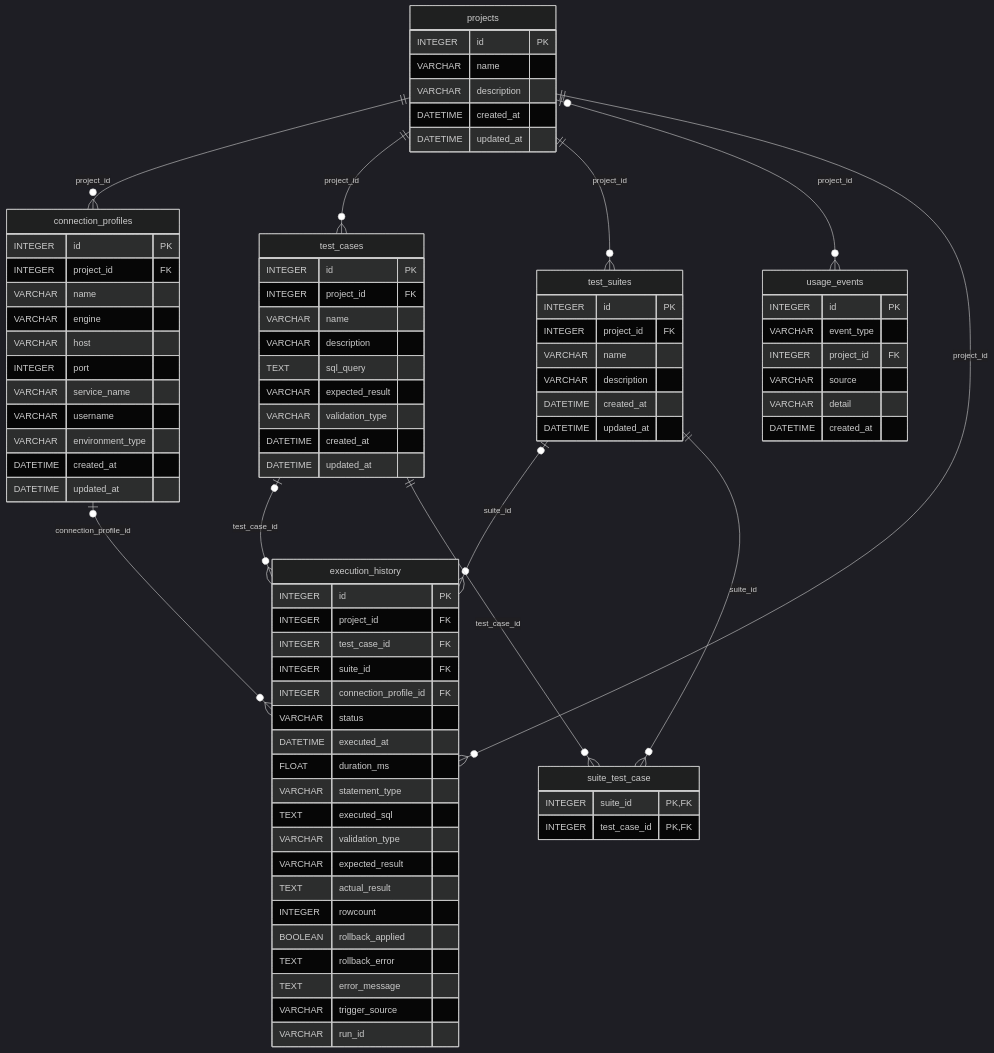
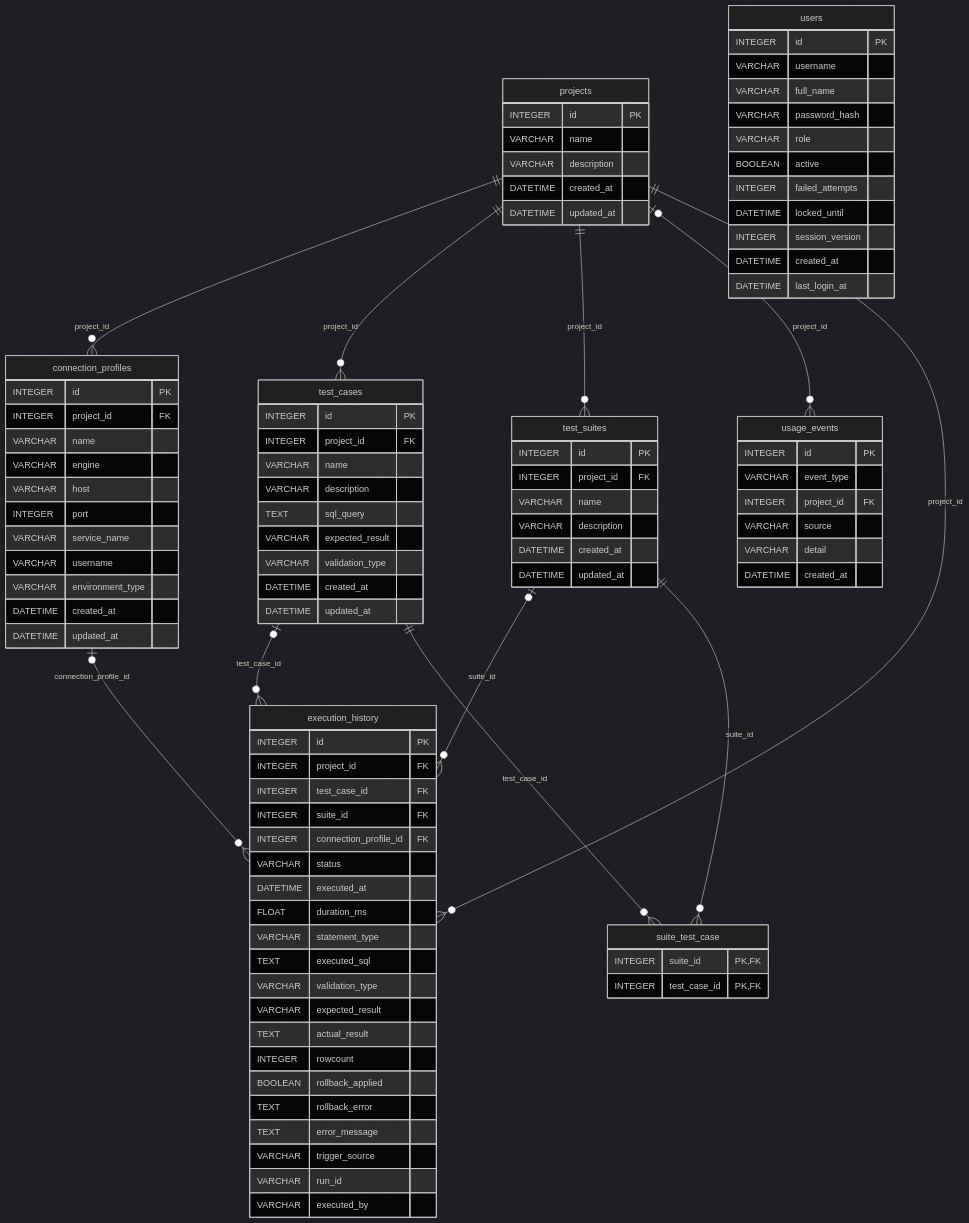
The diagram in framework-pruebas-sql/docs/diagramas/base_datos.mermaid (Ssjkvinf/si783-grupo4-docs), drawn with Mermaid (dark theme) before and after one commit. The commit also changed 98 other files, not shown here.

```diff
--- a/framework-pruebas-sql/docs/diagramas/base_datos.mermaid
+++ b/framework-pruebas-sql/docs/diagramas/base_datos.mermaid
@@ -1,85 +1,99 @@
 %% GENERADO por scripts/docs/gen_docs.py. No editar a mano.
 %% Base INTERNA (SQLite): metadatos e historial. No incluye la base Oracle objetivo.
 erDiagram
     projects {
         INTEGER id PK
         VARCHAR name
         VARCHAR description
         DATETIME created_at
         DATETIME updated_at
+    }
+    users {
+        INTEGER id PK
+        VARCHAR username
+        VARCHAR full_name
+        VARCHAR password_hash
+        VARCHAR role
+        BOOLEAN active
+        INTEGER failed_attempts
+        DATETIME locked_until
+        INTEGER session_version
+        DATETIME created_at
+        DATETIME last_login_at
     }
     connection_profiles {
         INTEGER id PK
         INTEGER project_id FK
         VARCHAR name
         VARCHAR engine
         VARCHAR host
         INTEGER port
         VARCHAR service_name
         VARCHAR username
         VARCHAR environment_type
         DATETIME created_at
         DATETIME updated_at
     }
     test_cases {
         INTEGER id PK
         INTEGER project_id FK
         VARCHAR name
         VARCHAR description
         TEXT sql_query
         VARCHAR expected_result
         VARCHAR validation_type
         DATETIME created_at
         DATETIME updated_at
     }
     test_suites {
         INTEGER id PK
         INTEGER project_id FK
         VARCHAR name
         VARCHAR description
         DATETIME created_at
         DATETIME updated_at
     }
     usage_events {
         INTEGER id PK
         VARCHAR event_type
         INTEGER project_id FK
         VARCHAR source
         VARCHAR detail
         DATETIME created_at
     }
     execution_history {
         INTEGER id PK
         INTEGER project_id FK
         INTEGER test_case_id FK
         INTEGER suite_id FK
         INTEGER connection_profile_id FK
         VARCHAR status
         DATETIME executed_at
         FLOAT duration_ms
         VARCHAR statement_type
         TEXT executed_sql
         VARCHAR validation_type
         VARCHAR expected_result
         TEXT actual_result
         INTEGER rowcount
         BOOLEAN rollback_applied
         TEXT rollback_error
         TEXT error_message
         VARCHAR trigger_source
         VARCHAR run_id
+        VARCHAR executed_by
     }
     suite_test_case {
         INTEGER suite_id PK,FK
         INTEGER test_case_id PK,FK
     }
     projects ||--o{ connection_profiles : "project_id"
     projects ||--o{ test_cases : "project_id"
     projects ||--o{ test_suites : "project_id"
     projects |o--o{ usage_events : "project_id"
     projects ||--o{ execution_history : "project_id"
     test_cases |o--o{ execution_history : "test_case_id"
     test_suites |o--o{ execution_history : "suite_id"
     connection_profiles |o--o{ execution_history : "connection_profile_id"
     test_suites ||--o{ suite_test_case : "suite_id"
     test_cases ||--o{ suite_test_case : "test_case_id"
```
